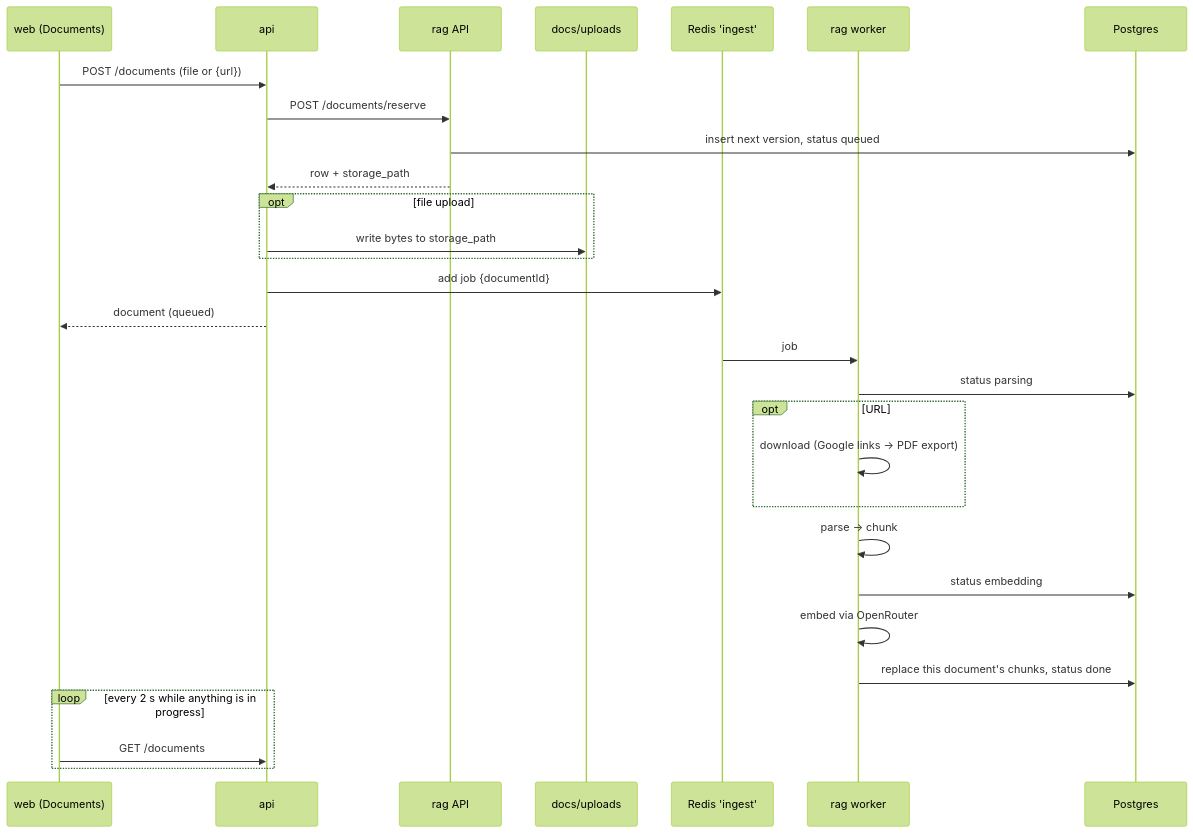
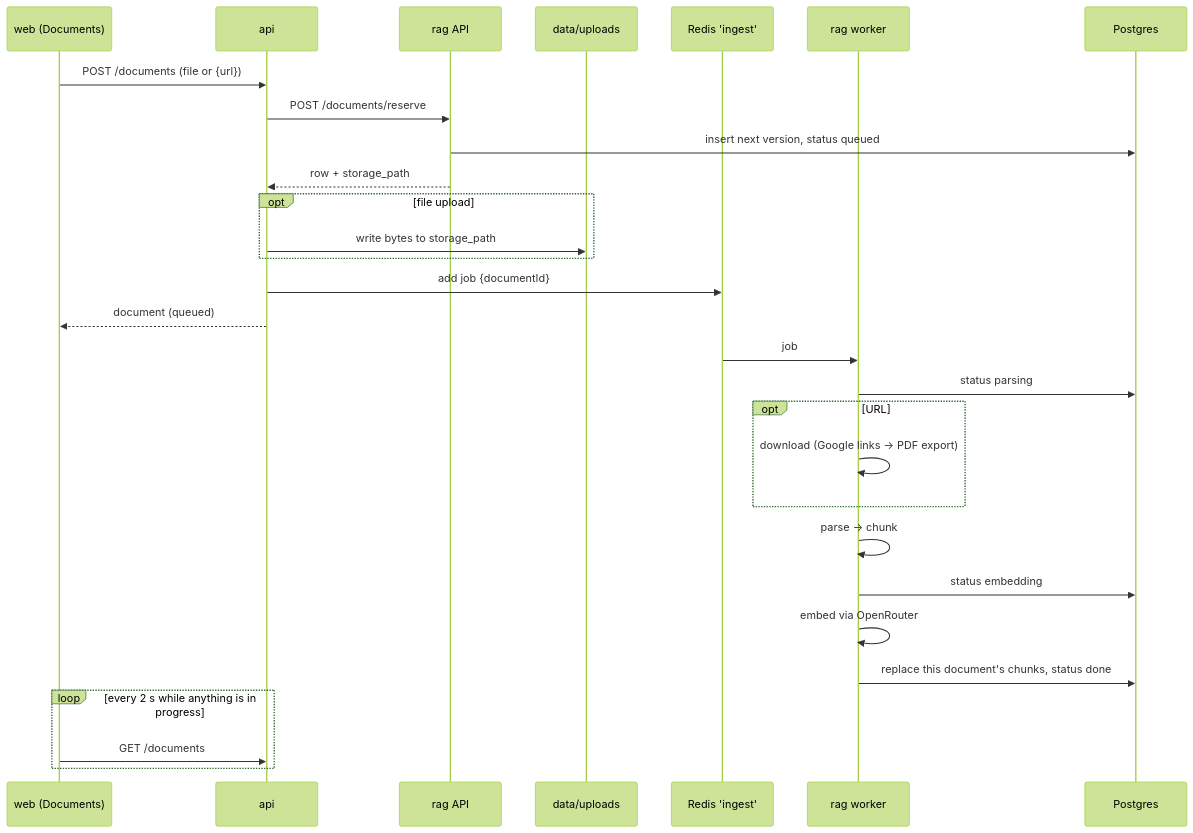
The diagram in docs/flows/document-ingest.md (ervikassingh/support-dest-agent), drawn with Mermaid (forest theme) before and after one commit. The commit also changed other lines of this file and 16 other files, not shown here.

````diff
--- a/docs/flows/document-ingest.md
+++ b/docs/flows/document-ingest.md
@@ -5,31 +5,31 @@
 ```mermaid
 sequenceDiagram
   participant W as web (Documents)
   participant A as api
   participant R as rag API
-  participant D as docs/uploads
+  participant D as data/uploads
   participant Q as Redis 'ingest'
   participant K as rag worker
   participant P as Postgres
   W->>A: POST /documents (file or {url})
   A->>R: POST /documents/reserve
   R->>P: insert next version, status queued
   R-->>A: row + storage_path
   opt file upload
     A->>D: write bytes to storage_path
   end
   A->>Q: add job {documentId}
   A-->>W: document (queued)
   Q->>K: job
   K->>P: status parsing
   opt URL
     K->>K: download (Google links → PDF export)
   end
   K->>K: parse → chunk
   K->>P: status embedding
   K->>K: embed via OpenRouter
   K->>P: replace this document's chunks, status done
   loop every 2 s while anything is in progress
     W->>A: GET /documents
   end
 ```
````
